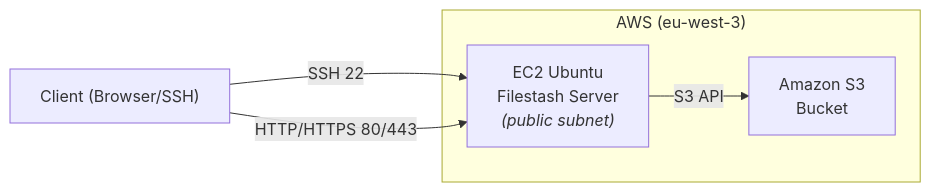
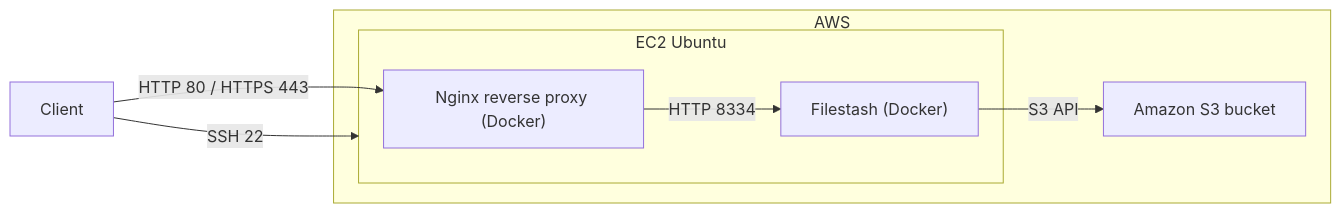
The first of 2 diagrams in README.md (gsiegwald/stashcloud), drawn with Mermaid before and after one commit. The commit also changed other lines of this file, not shown here.

````diff
--- a/README.md
+++ b/README.md
@@ -49,13 +49,17 @@
 ```mermaid
-graph LR
-  %% -------- Infrastructure --------
-  subgraph "AWS (eu-west-3)"
-    EC2["EC2 Ubuntu<br/>Filestash Server<br/><i>(public subnet)</i>"]
-    S3["Amazon&nbsp;S3<br/>Bucket"]
+flowchart LR
+  %% Infrastructure
+  subgraph AWS["AWS"]
+    subgraph EC2["EC2 Ubuntu"]
+      NGINX["Nginx reverse proxy (Docker)"]
+      FS["Filestash (Docker)"]
+    end
+    S3["Amazon S3 bucket"]
   end
 
-  %% -------- Flow --------
-  UserPC["Client (Browser/SSH)"] -->|SSH&nbsp;22| EC2
-  UserPC -->|HTTP/HTTPS&nbsp;80/443| EC2
-  EC2 -->|S3&nbsp;API| S3
+  %% Network flows
+  User["Client"] -->|SSH 22| EC2
+  User -->|HTTP 80 / HTTPS 443| NGINX
+  NGINX -->|HTTP 8334| FS
+  FS -->|S3 API| S3
 ```
````
